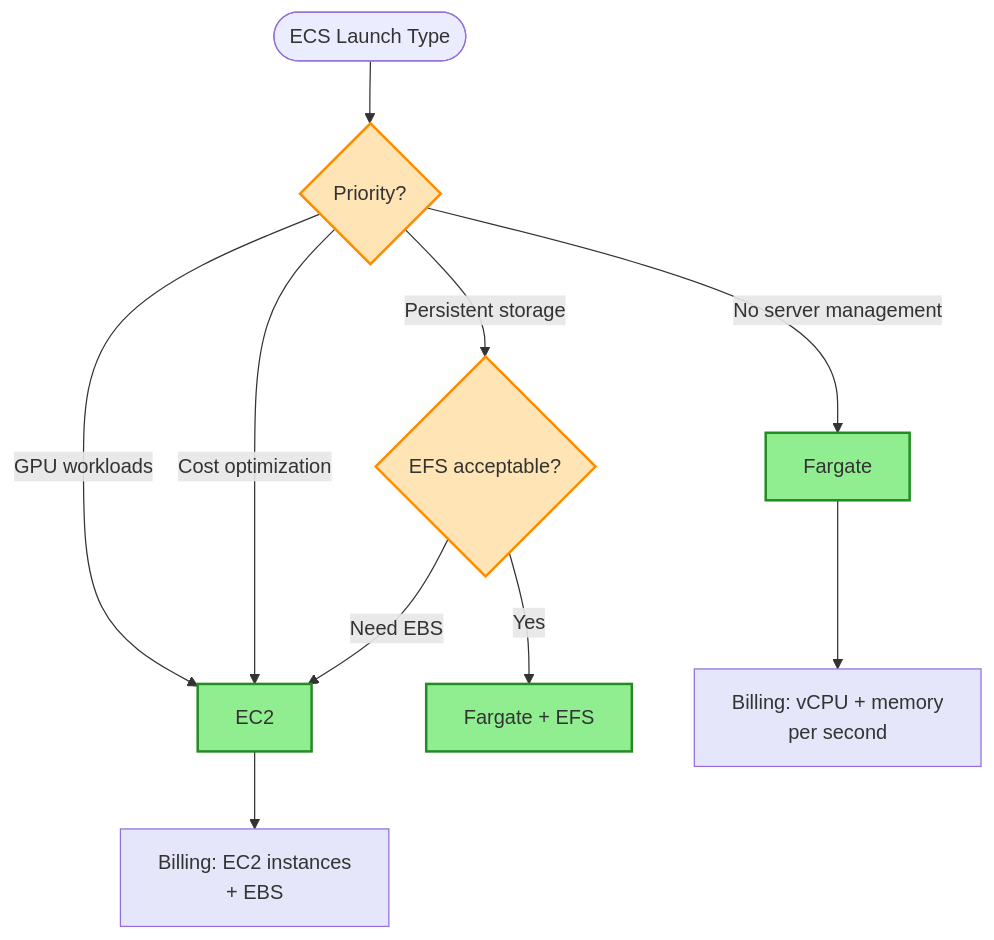
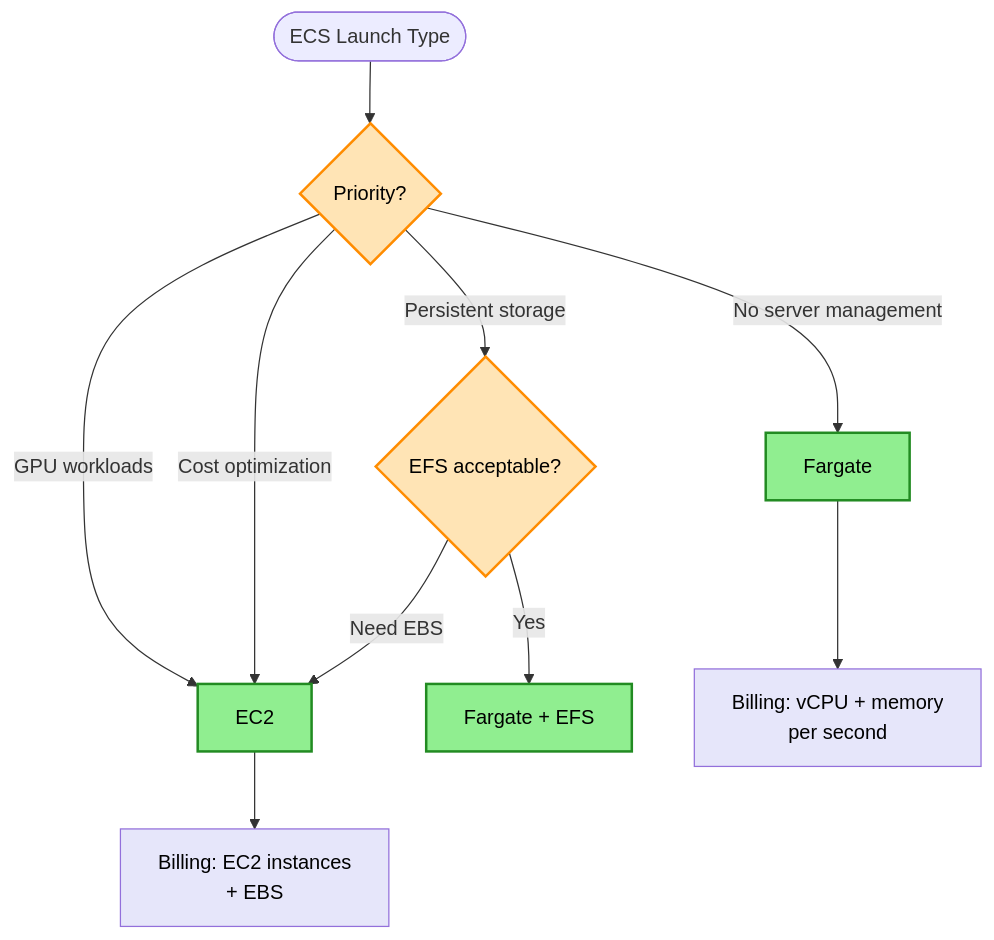
One commit to intelliswarm-ai/aws-architectures changed the second of 3 diagrams in aws-architecture-decisions/diagrams/containers-decisions.md. Above: the diagram before and after it, drawn with Mermaid. The commit also changed other lines of this file and 13 other files, not shown here.

````diff
--- a/aws-architecture-decisions/diagrams/containers-decisions.md
+++ b/aws-architecture-decisions/diagrams/containers-decisions.md
@@ -33,24 +33,24 @@
 ```mermaid
 flowchart TD
     Start([ECS Launch Type]) --> Q1{Priority?}
 
     Q1 -->|No server management| FARGATE[Fargate]
     Q1 -->|GPU workloads| EC2[EC2]
     Q1 -->|Persistent storage| Q2{EFS acceptable?}
     Q1 -->|Cost optimization| EC2
 
     Q2 -->|Yes| FARGATE_EFS[Fargate + EFS]
     Q2 -->|Need EBS| EC2
 
     FARGATE --> BILL_FG[Billing: vCPU + memory<br/>per second]
     EC2 --> BILL_EC2[Billing: EC2 instances<br/>+ EBS]
 
     %% Styling
-    classDef service fill:#90EE90,stroke:#228B22,stroke-width:2px
-    classDef billing fill:#E6E6FA,stroke:#9370DB,stroke-width:1px
-    classDef question fill:#FFE4B5,stroke:#FF8C00,stroke-width:2px
+    classDef service fill:#90EE90,stroke:#228B22,stroke-width:2px,color:#000000
+    classDef billing fill:#E6E6FA,stroke:#9370DB,stroke-width:1px,color:#000000
+    classDef question fill:#FFE4B5,stroke:#FF8C00,stroke-width:2px,color:#000000
 
     class Q1,Q2 question
     class FARGATE,EC2,FARGATE_EFS service
     class BILL_FG,BILL_EC2 billing
 ```
````
